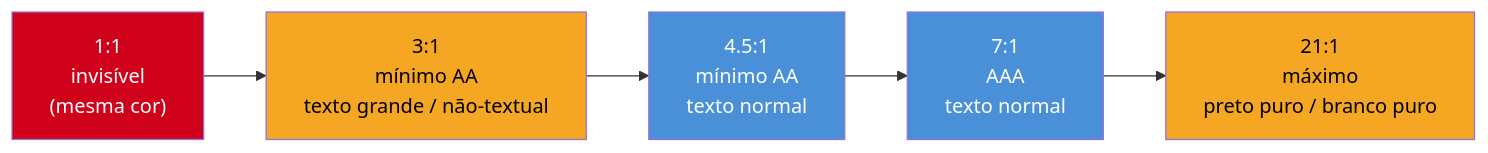
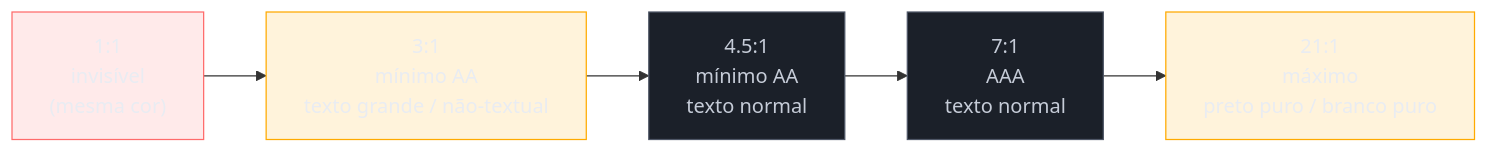
Before and after one commit to josenaldo/codex-technomanticus: the first of 2 diagrams in 03-Dominios/Tecnologia/Acessibilidade/Construir Acessível/11 - Cor, contraste e visual acessível.md, drawn with Mermaid. The commit also changed other lines of this file and 1181 other files, not shown here.

First line of the commit message:
fix(diagramas): paleta do sistema no lugar de cor cravada no markdown

````diff
--- a/03-Dominios/Tecnologia/Acessibilidade/Construir Acessível/11 - Cor, contraste e visual acessível.md
+++ b/03-Dominios/Tecnologia/Acessibilidade/Construir Acessível/11 - Cor, contraste e visual acessível.md
@@ -105,13 +105,16 @@
 ```mermaid
 graph LR
+    classDef falha fill:#FF6B6B24,stroke:#FF6B6B,color:#E9ECF2
+    classDef destaque fill:#FFAA0024,stroke:#FFAA00,color:#E9ECF2
+    classDef neutro fill:#1B2029,stroke:#4E5666,color:#C6CCD8
     A["1:1<br/>invisível<br/>(mesma cor)"] --> B["3:1<br/>mínimo AA<br/>texto grande / não-textual"]
     B --> C["4.5:1<br/>mínimo AA<br/>texto normal"]
     C --> D["7:1<br/>AAA<br/>texto normal"]
     D --> E["21:1<br/>máximo<br/>preto puro / branco puro"]
 
-    style A fill:#D0021B,color:#fff
-    style B fill:#F5A623,color:#000
-    style C fill:#4A90D9,color:#fff
-    style D fill:#4A90D9,color:#fff
-    style E fill:#F5A623,color:#000
+    class A falha
+    class B destaque
+    class C neutro
+    class D neutro
+    class E destaque
 ```
````
